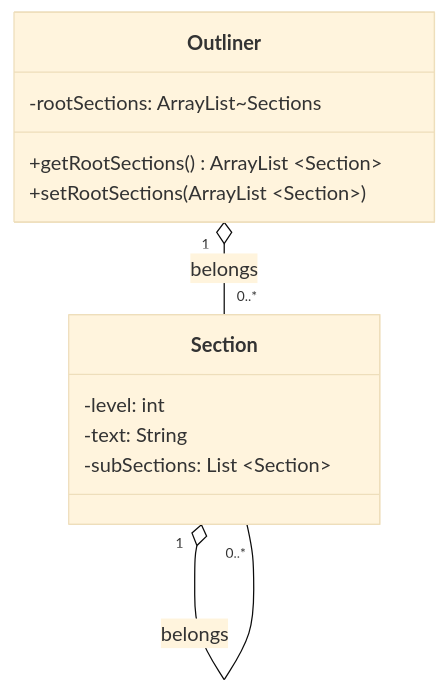
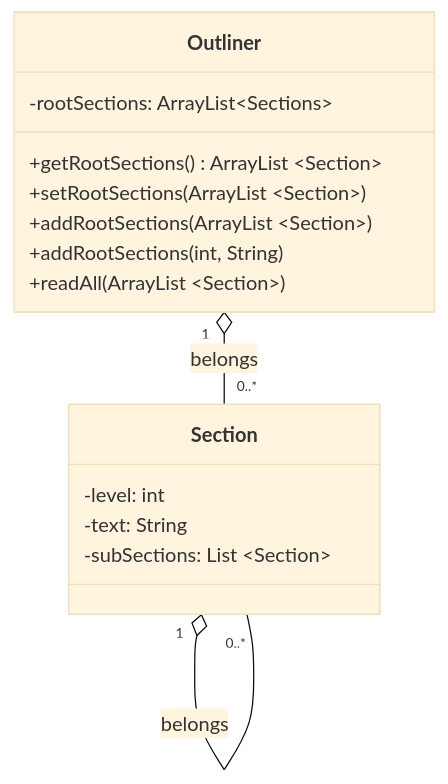
Before and after one commit to itsjihunpark/Microsoft-Word-Outliner-Clone: the diagram in docs/UMLTemplate.md, drawn with Mermaid (base theme).

````diff
--- a/docs/UMLTemplate.md
+++ b/docs/UMLTemplate.md
@@ -24,16 +24,19 @@
 ```mermaid
 classDiagram
     Outliner "1" o-- "0..*" Section : belongs
     Section "1" o-- "0..*" Section : belongs 
     class Outliner{
-      -rootSections: ArrayList~Sections 
+      -rootSections: ArrayList~Sections~
       +getRootSections() ArrayList ~Section~
       +setRootSections(ArrayList ~Section~) 
+      +addRootSections(ArrayList ~Section~)
+      +addRootSections(int, String)
+      +readAll(ArrayList ~Section~)
     }
     class Section{
       -level: int
       -text: String
       -subSections: List ~Section~
     }
 
 ```
````
